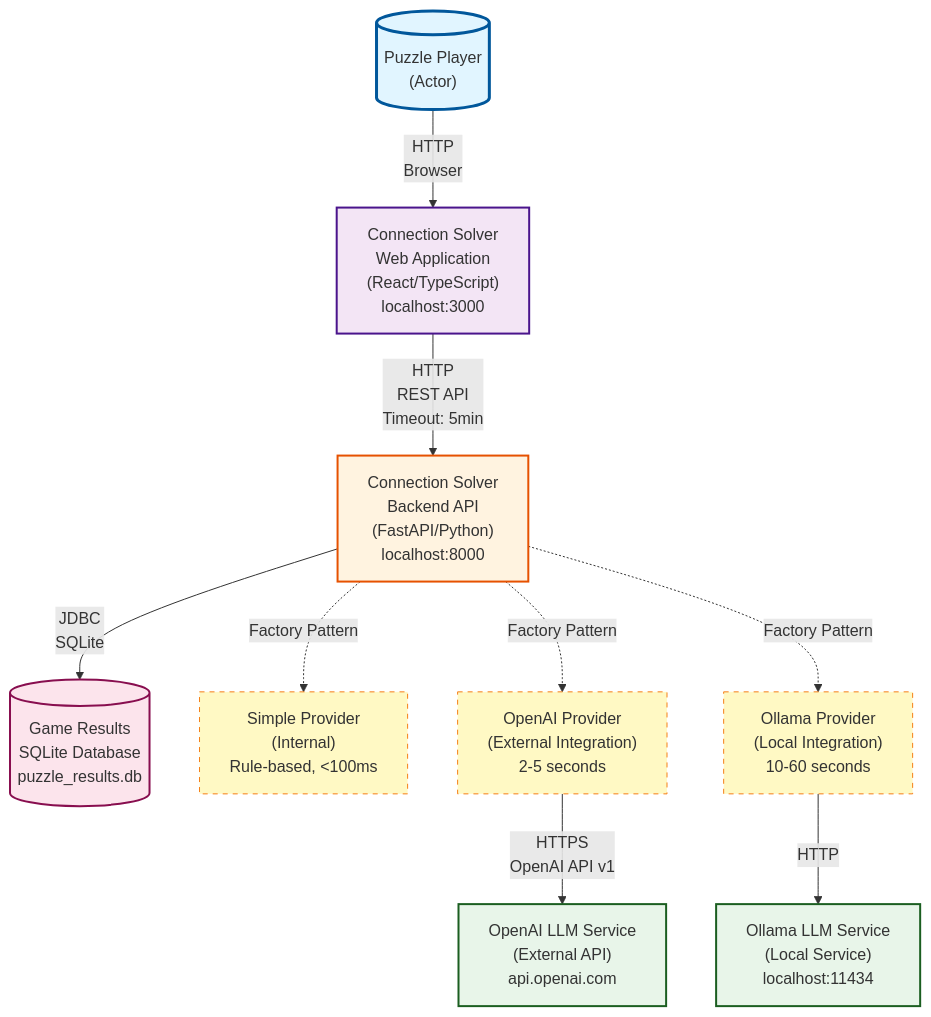
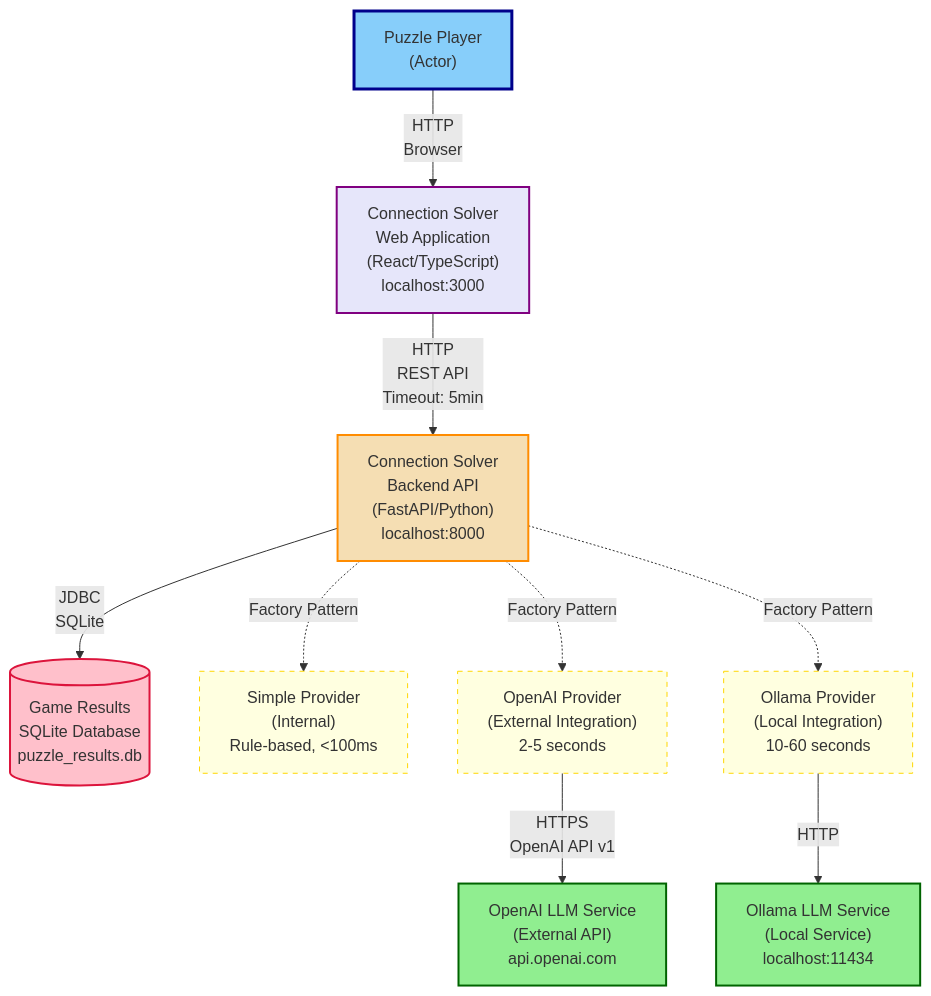
Before and after one commit to jimthompson5802/sdd_connection_solver2: the first of 11 diagrams in docs/diagrams/connection_solver_architecture.md, drawn with Mermaid.

Commit message:
STYLE: Update mermaid diagram for improved clarity and visual consistency in architecture documentation (#28)

````diff
--- a/docs/diagrams/connection_solver_architecture.md
+++ b/docs/diagrams/connection_solver_architecture.md
@@ -7,54 +7,54 @@
 ```mermaid
 graph TB
     %% Actors
-    Player[("Puzzle Player<br/>(Actor)")]
+    Player["Puzzle Player<br/>(Actor)"]
 
     %% Frontend
     Frontend["Connection Solver<br/>Web Application<br/>(React/TypeScript)<br/>localhost:3000"]
 
     %% Backend
     Backend["Connection Solver<br/>Backend API<br/>(FastAPI/Python)<br/>localhost:8000"]
 
     %% External Services
     OpenAI["OpenAI LLM Service<br/>(External API)<br/>api.openai.com"]
     Ollama["Ollama LLM Service<br/>(Local Service)<br/>localhost:11434"]
 
     %% Database
     Database[("Game Results<br/>SQLite Database<br/>puzzle_results.db")]
 
     %% LLM Providers in Backend
     SimpleProvider["Simple Provider<br/>(Internal)<br/>Rule-based, &lt;100ms"]
     OpenAIProvider["OpenAI Provider<br/>(External Integration)<br/>2-5 seconds"]
     OllamaProvider["Ollama Provider<br/>(Local Integration)<br/>10-60 seconds"]
 
     %% Connections
     Player -->|"HTTP<br/>Browser"| Frontend
     Frontend -->|"HTTP<br/>REST API<br/>Timeout: 5min"| Backend
 
     %% Backend to LLM Providers (internal)
     Backend -.->|"Factory Pattern"| SimpleProvider
     Backend -.->|"Factory Pattern"| OpenAIProvider
     Backend -.->|"Factory Pattern"| OllamaProvider
 
     %% Provider to External Services
     OpenAIProvider -->|"HTTPS<br/>OpenAI API v1"| OpenAI
     OllamaProvider -->|"HTTP"| Ollama
 
     %% Backend to Database
     Backend -->|"JDBC<br/>SQLite"| Database
 
     %% Styling
-    classDef actor fill:#e1f5ff,stroke:#01579b,stroke-width:3px
-    classDef frontend fill:#f3e5f5,stroke:#4a148c,stroke-width:2px
-    classDef backend fill:#fff3e0,stroke:#e65100,stroke-width:2px
-    classDef external fill:#e8f5e9,stroke:#1b5e20,stroke-width:2px
-    classDef database fill:#fce4ec,stroke:#880e4f,stroke-width:2px
-    classDef provider fill:#fff9c4,stroke:#f57f17,stroke-width:1px,stroke-dasharray: 5 5
+    classDef actor fill:lightskyblue,stroke:darkblue,stroke-width:3px
+    classDef frontend fill:lavender,stroke:purple,stroke-width:2px
+    classDef backend fill:wheat,stroke:darkorange,stroke-width:2px
+    classDef external fill:lightgreen,stroke:darkgreen,stroke-width:2px
+    classDef database fill:pink,stroke:crimson,stroke-width:2px
+    classDef provider fill:lightyellow,stroke:gold,stroke-width:1px,stroke-dasharray: 5 5
 
     class Player actor
     class Frontend frontend
     class Backend backend
     class OpenAI,Ollama external
     class Database database
     class SimpleProvider,OpenAIProvider,OllamaProvider provider
 ```
````
